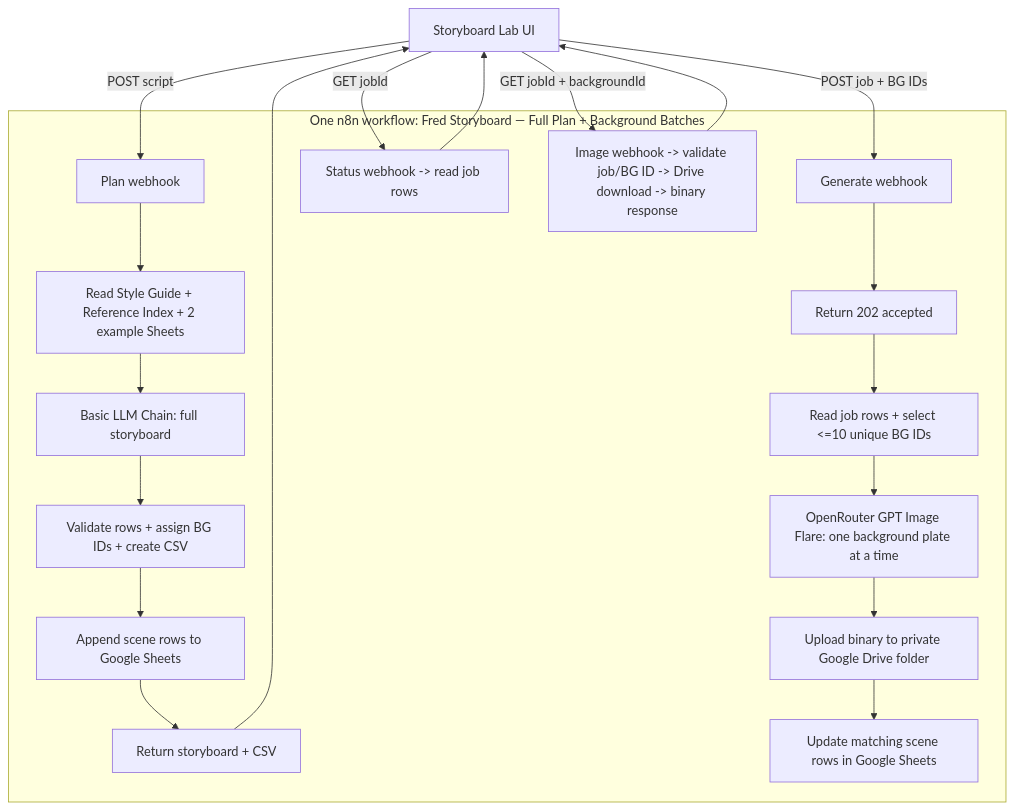
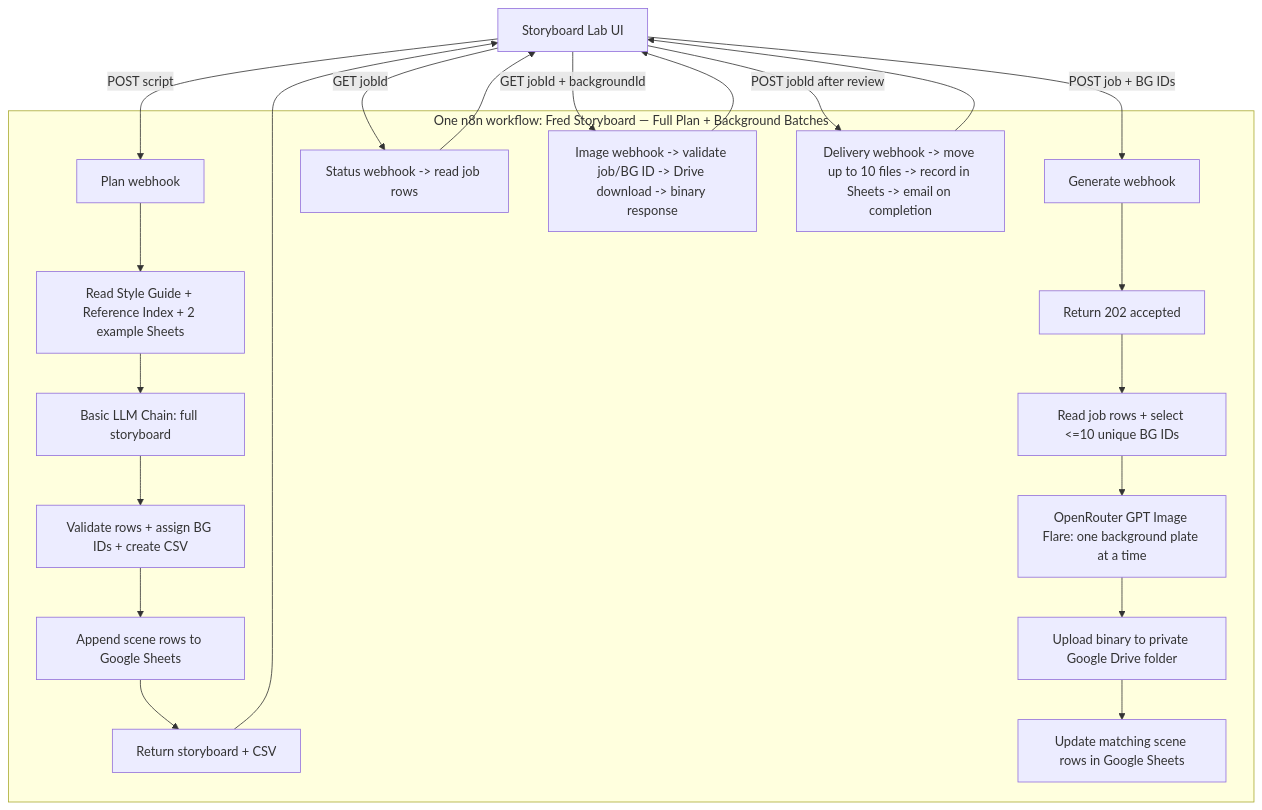
The diagram in docs/agent-workflow-v4.md (rayvin04/script-to-storyboard), drawn with Mermaid before and after one commit. The commit also changed other lines of this file and 9 other files, not shown here.

````diff
--- a/docs/agent-workflow-v4.md
+++ b/docs/agent-workflow-v4.md
@@ -18,24 +18,26 @@
 ```mermaid
 flowchart TD
   UI[Storyboard Lab UI]
   subgraph WF[One n8n workflow: Fred Storyboard — Full Plan + Background Batches]
     Plan[Plan webhook]
     Ref[Read Style Guide + Reference Index + 2 example Sheets]
     Agent[Basic LLM Chain: full storyboard]
     Norm[Validate rows + assign BG IDs + create CSV]
     SavePlan[Append scene rows to Google Sheets]
     PlanReply[Return storyboard + CSV]
     Gen[Generate webhook]
     Ack[Return 202 accepted]
     Select[Read job rows + select <=10 unique BG IDs]
     Image[OpenRouter GPT Image Flare: one background plate at a time]
     Drive[Upload binary to private Google Drive folder]
     Update[Update matching scene rows in Google Sheets]
     Status[Status webhook -> read job rows]
     Img[Image webhook -> validate job/BG ID -> Drive download -> binary response]
+    Deliver[Delivery webhook -> move up to 10 files -> record in Sheets -> email on completion]
   end
   UI -->|POST script| Plan --> Ref --> Agent --> Norm --> SavePlan --> PlanReply --> UI
   UI -->|POST job + BG IDs| Gen --> Ack --> Select --> Image --> Drive --> Update
   UI -->|GET jobId| Status --> UI
   UI -->|GET jobId + backgroundId| Img --> UI
+  UI -->|POST jobId after review| Deliver --> UI
 ```
````
